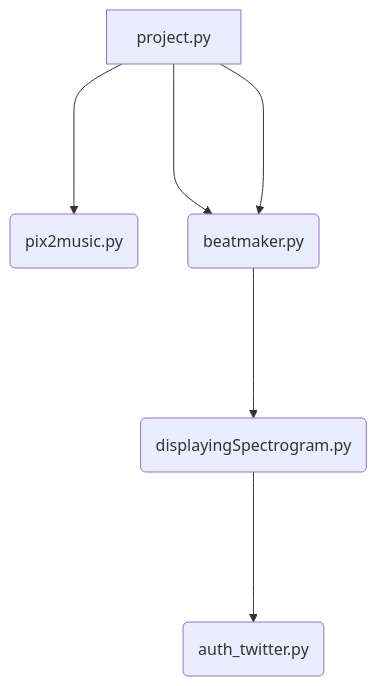
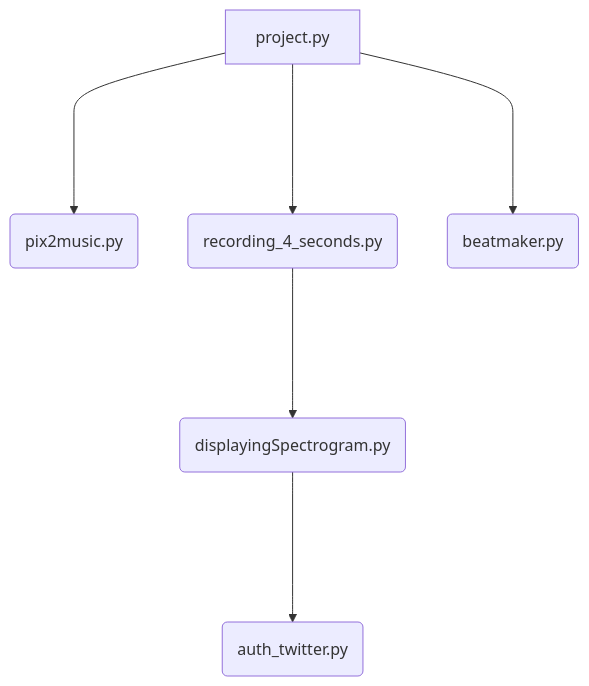
Before and after one commit to MuhammadZihni/sorpiart-teamEfyp: the diagram in README.md, drawn with Mermaid.

````diff
--- a/README.md
+++ b/README.md
@@ -122,8 +122,8 @@
 ```mermaid
 graph
 A[project.py] ----> B(pix2music.py)
 A[project.py] ----> C(recording_4_seconds.py)
 C ----> D(displayingSpectrogram.py)
 D ----> E(auth_twitter.py)
-A[project.py] ----> C(beatmaker.py)
+A[project.py] ----> F(beatmaker.py)
 ```
````
